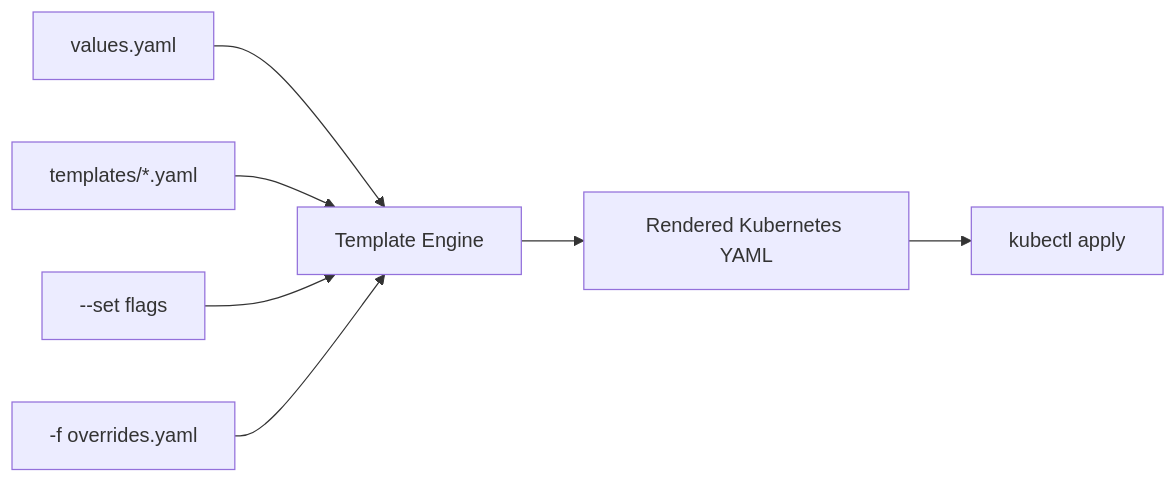
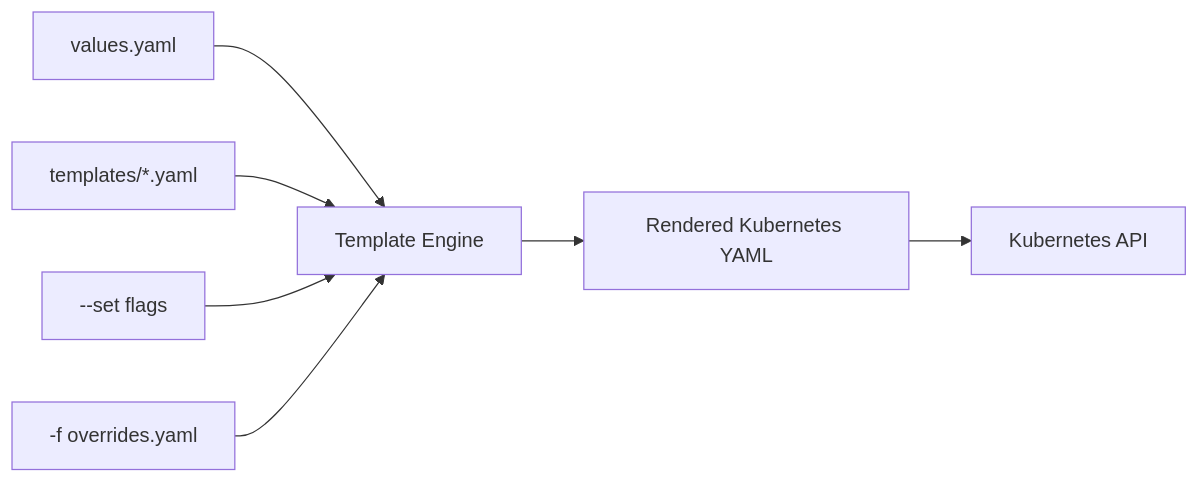
Before and after one commit to OneUptime/blog: the first of 3 diagrams in posts/2026-02-20-helm-values-templating/README.md, drawn with Mermaid. The commit also changed other lines of this file and 2 other files, not shown here.

````diff
--- a/posts/2026-02-20-helm-values-templating/README.md
+++ b/posts/2026-02-20-helm-values-templating/README.md
@@ -17,9 +17,9 @@
 ```mermaid
 graph LR
     A[values.yaml] --> C[Template Engine]
     B[templates/*.yaml] --> C
     D[--set flags] --> C
     E[-f overrides.yaml] --> C
     C --> F[Rendered Kubernetes YAML]
-    F --> G[kubectl apply]
+    F --> G[Kubernetes API]
 ```
````
